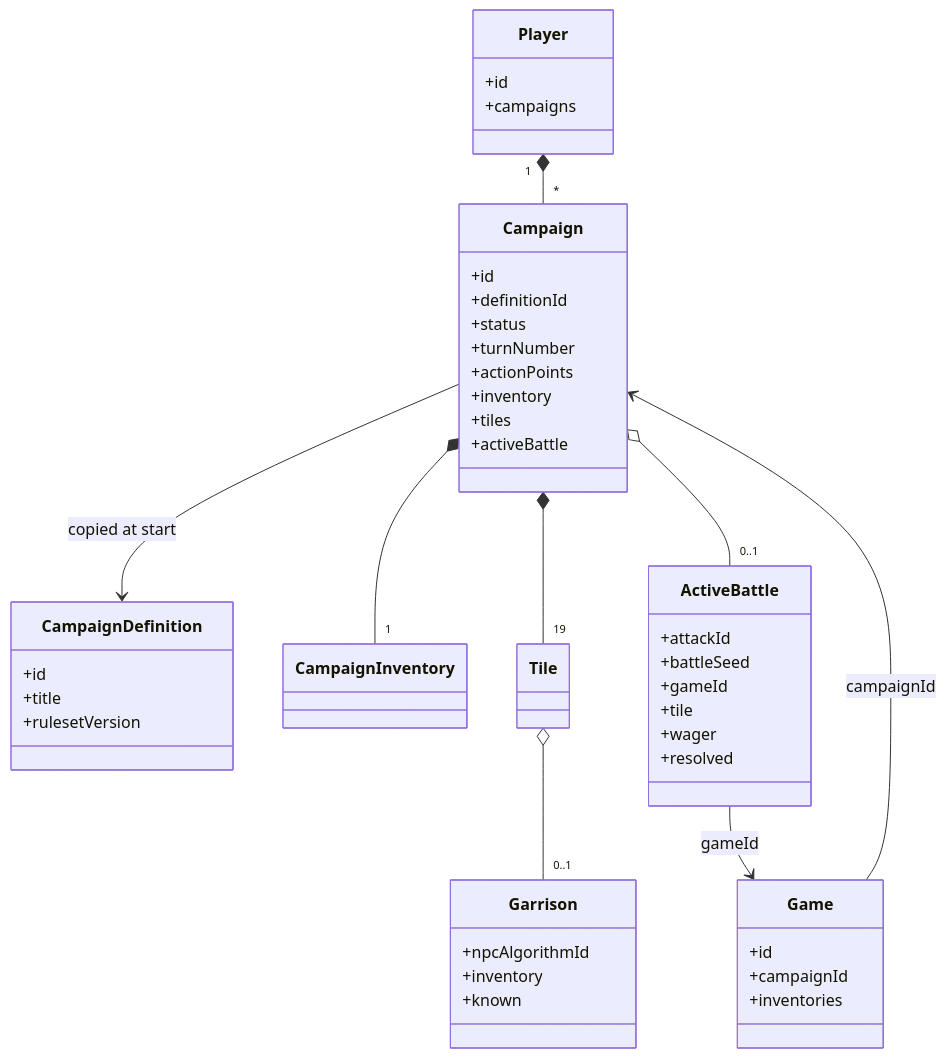
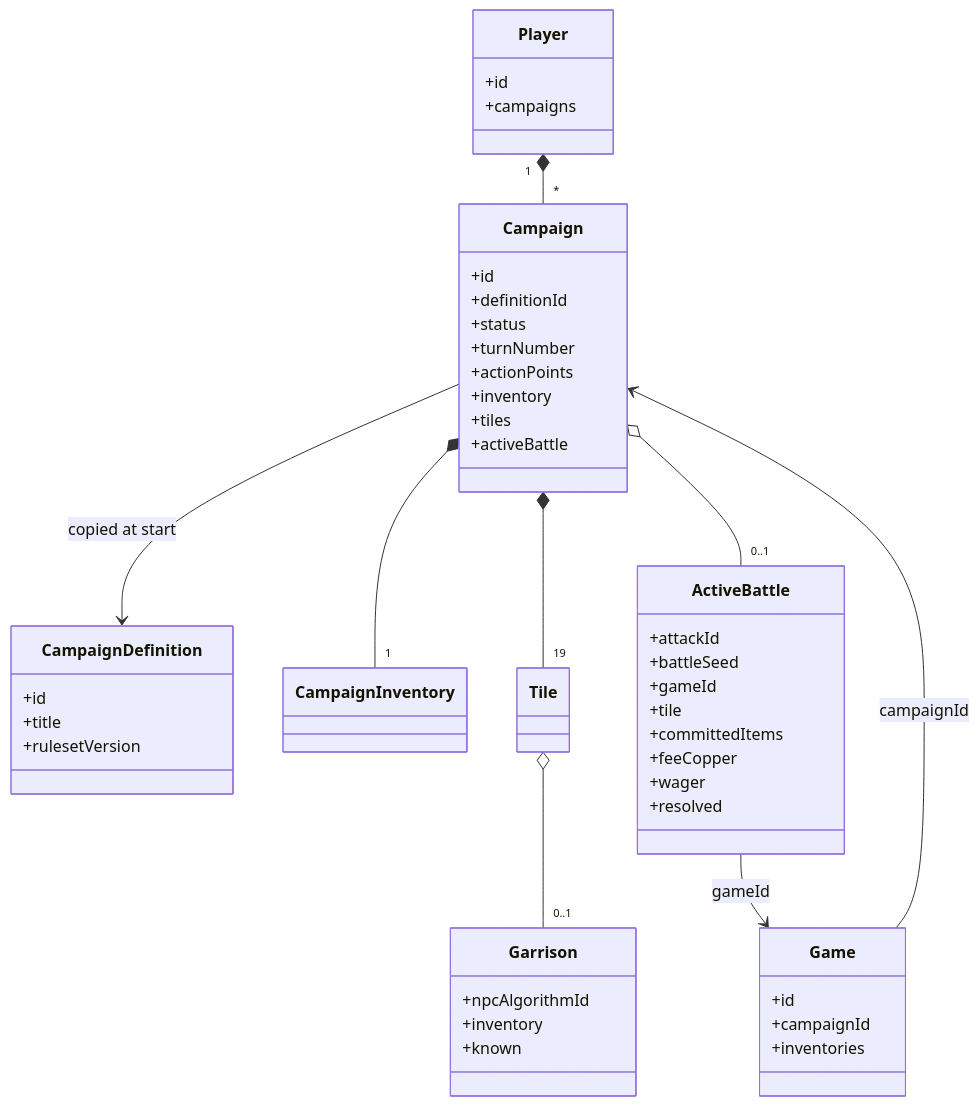
Before and after one commit to vku007/aval: the diagram in apiv2/plans/campaigns.md, drawn with Mermaid. The commit also changed other lines of this file and 52 other files, not shown here.

````diff
--- a/apiv2/plans/campaigns.md
+++ b/apiv2/plans/campaigns.md
@@ -86,51 +86,53 @@
 ```mermaid
 classDiagram
     class Player {
         +id
         +campaigns
     }
     class CampaignDefinition {
         +id
         +title
         +rulesetVersion
     }
     class Garrison {
         +npcAlgorithmId
         +inventory
         +known
     }
     class Campaign {
         +id
         +definitionId
         +status
         +turnNumber
         +actionPoints
         +inventory
         +tiles
         +activeBattle
     }
     class CampaignInventory
     class Tile
     class ActiveBattle {
         +attackId
         +battleSeed
         +gameId
         +tile
+        +committedItems
+        +feeCopper
         +wager
         +resolved
     }
     class Game {
         +id
         +campaignId
         +inventories
     }
 
     Player "1" *-- "*" Campaign
     Campaign --> CampaignDefinition : copied at start
     Campaign *-- "1" CampaignInventory
     Campaign *-- "19" Tile
     Tile o-- "0..1" Garrison
     Campaign o-- "0..1" ActiveBattle
     ActiveBattle --> Game : gameId
     Game --> Campaign : campaignId
 ```
````
